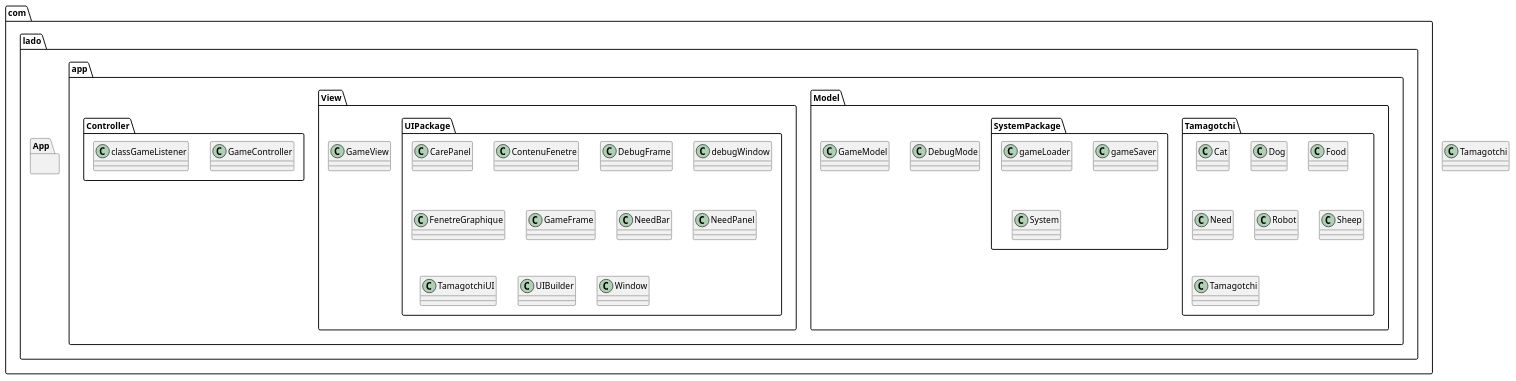
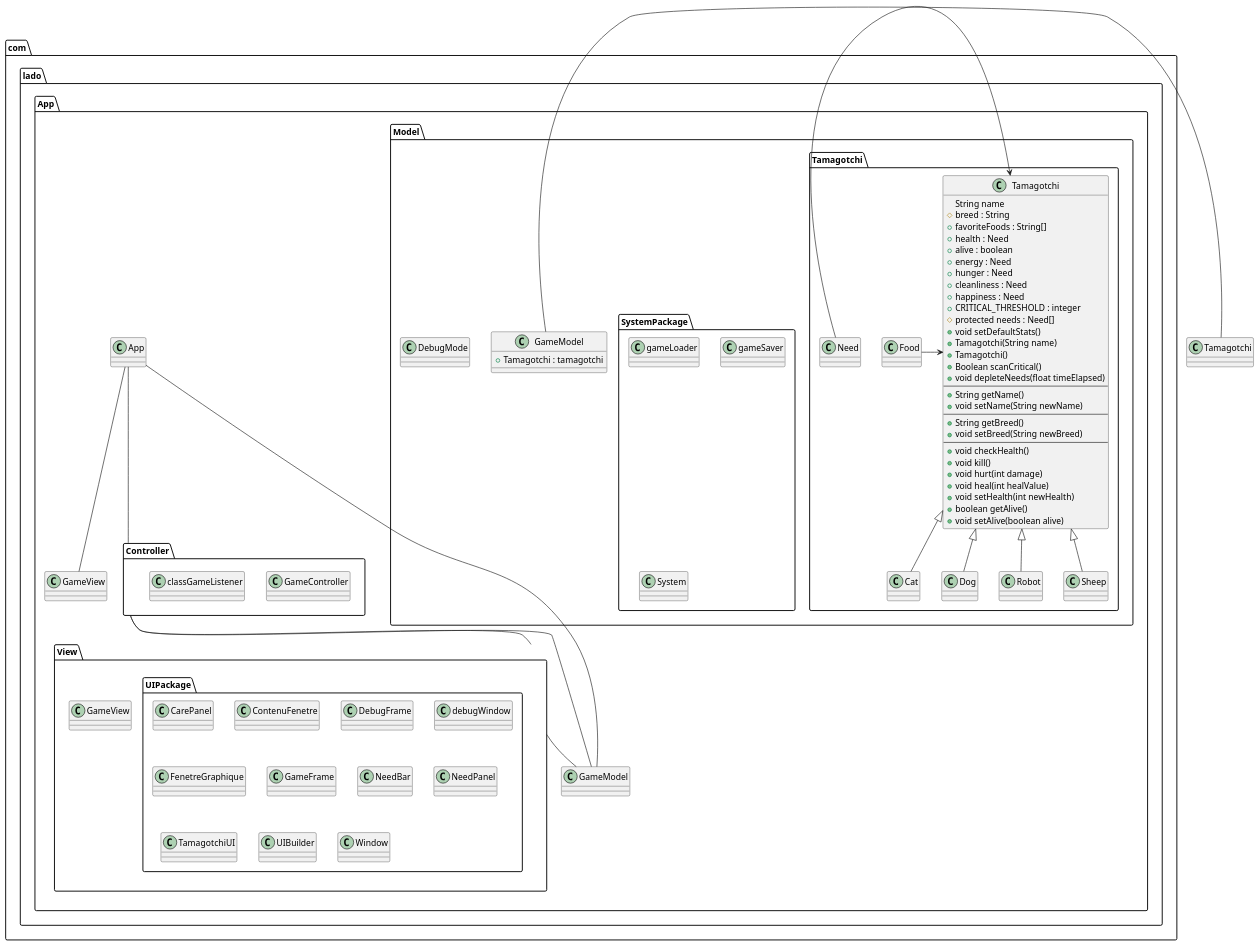
The diagram in docs/plantUML/classes.plantuml (TheoGicquel/EggFriend), drawn with PlantUML before and after one commit.

Commit message:
upload avancee diagramme

```diff
--- a/docs/plantUML/classes.plantuml
+++ b/docs/plantUML/classes.plantuml
@@ -1,76 +1,127 @@
-@startuml
+@startuml Classes
 Class Tamagotchi
 
 package com.lado.App
 {
+    Class App
+    App--GameModel
+    App--GameView
+    App--Controller
+    View--GameModel
+    Controller--GameModel
+    Controller--View
 
-
-    package com.lado.app.Model
+    package Model
     {
 
         class DebugMode
         class GameModel
+        {
+            + Tamagotchi : tamagotchi
+        }
+        GameModel-Tamagotchi
 
-        package com.lado.app.Model.Tamagotchi{
-            class Cat
-            class Dog
-            class Food
+        package Tamagotchi{
+            class Cat extends Tamagotchi
+            class Dog extends Tamagotchi
+            class Food{
+                
+            }
+            Food->Tamagotchi
+            Need->Tamagotchi
+
             class Need
-            class Robot
-            class Sheep
+            {
+
+
+            }
+            class Robot extends Tamagotchi
+            class Sheep extends Tamagotchi
             class Tamagotchi
+            {
+                String name
+                # breed : String
+                + favoriteFoods : String[]
+                + health : Need
+                + alive : boolean
+                + energy : Need
+                + hunger : Need
+                + cleanliness : Need
+                + happiness : Need
+                + CRITICAL_THRESHOLD : integer
+                # protected needs : Need[]
+                + void setDefaultStats()
+                + Tamagotchi(String name)
+                + Tamagotchi() 
+                + Boolean scanCritical() 
+                + void depleteNeeds(float timeElapsed)
+                ----
+                + String getName()
+                + void setName(String newName)
+                ---
+                + String getBreed()
+                + void setBreed(String newBreed)
+                ---
+                + void checkHealth()
+                + void kill()
+                + void hurt(int damage)
+                + void heal(int healValue)
+                + void setHealth(int newHealth)
+                + boolean getAlive()
+                + void setAlive(boolean alive)
+            }
         }
 
 
-        package com.lado.app.Model.SystemPackage
+        package SystemPackage
         {
             class gameLoader
             class gameSaver
             class System
         }
     }
 
-    package com.lado.app.View{
+    package View{
 
         class GameView
 
-        package com.lado.app.View.UIPackage {
+        package UIPackage {
             class CarePanel
             class ContenuFenetre
             class DebugFrame
             class debugWindow
             class FenetreGraphique
             class GameFrame
             class NeedBar
             class NeedPanel
             class TamagotchiUI
             class UIBuilder
             class Window
         }
     }
 
-    package com.lado.app.Controller {
+    package Controller {
 
         class GameController
         class classGameListener
     }
 
 }
 
 
 
 
 
 
 
 
 
 
 
 
 
 
 
 
 
 @enduml
```
